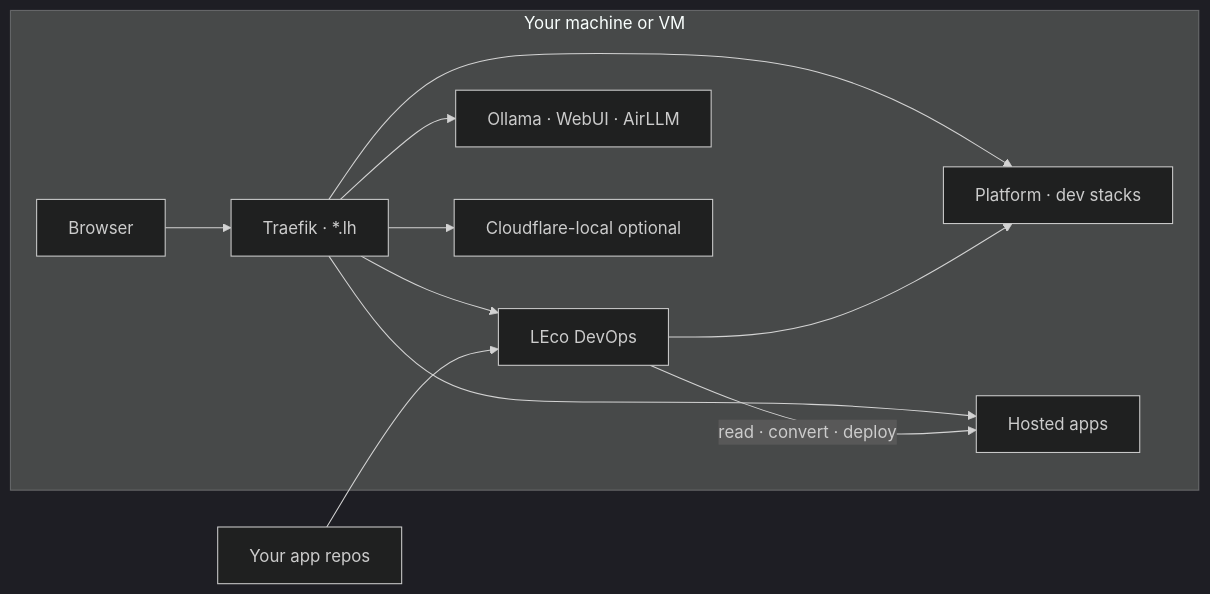
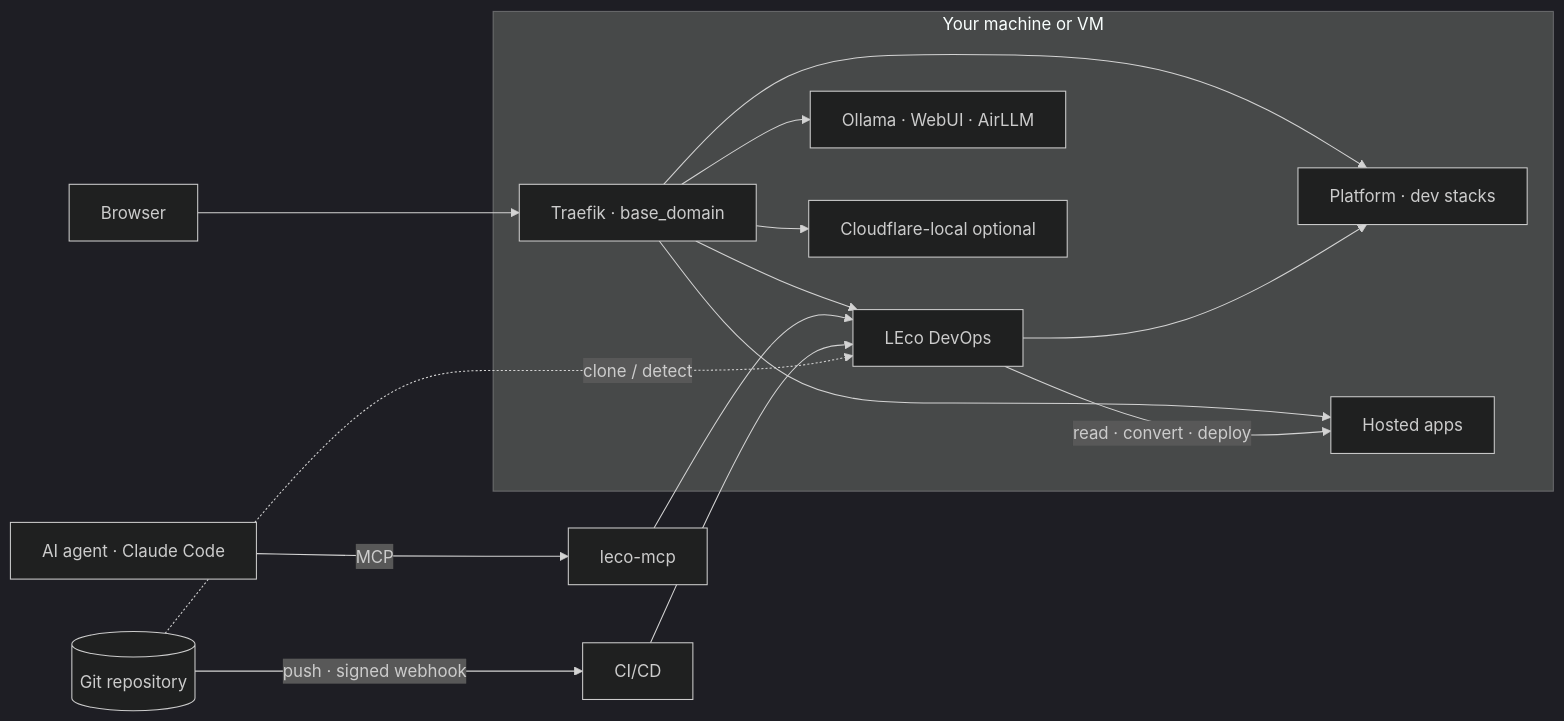
The diagram in README.md (leco-devops/local-ecosystem), drawn with Mermaid (dark theme) before and after one commit. The commit also changed other lines of this file and 148 other files, not shown here.

First line of the commit message:
feat: MCP server, CI/CD, Git onboarding, and real-domain support

````diff
--- a/README.md
+++ b/README.md
@@ -158,22 +159,28 @@
 ```mermaid
 flowchart LR
+  Browser["Browser"] --> Traefik
+  Agent["AI agent · Claude Code"] -->|MCP| MCP["leco-mcp"]
+  Repo[("Git repository")] -->|"push · signed webhook"| CICD["CI/CD"]
+
   subgraph You["Your machine or VM"]
-    Browser["Browser"]
-    Traefik["Traefik · *.lh"]
+    Traefik["Traefik · base_domain"]
     Dash["LEco DevOps"]
     Plat["Platform · dev stacks"]
     Apps["Hosted apps"]
     AI["Ollama · WebUI · AirLLM"]
     CF["Cloudflare-local optional"]
   end
-  Repo["Your app repos"]
-  Browser --> Traefik
+
   Traefik --> Dash
   Traefik --> Plat
   Traefik --> Apps
   Traefik --> AI
   Traefik --> CF
-  Repo --> Dash
+
+  MCP --> Dash
+  CICD --> Dash
+  Repo -.->|"clone / detect"| Dash
+
   Dash -->|"read · convert · deploy"| Apps
   Dash --> Plat
 ```
````
